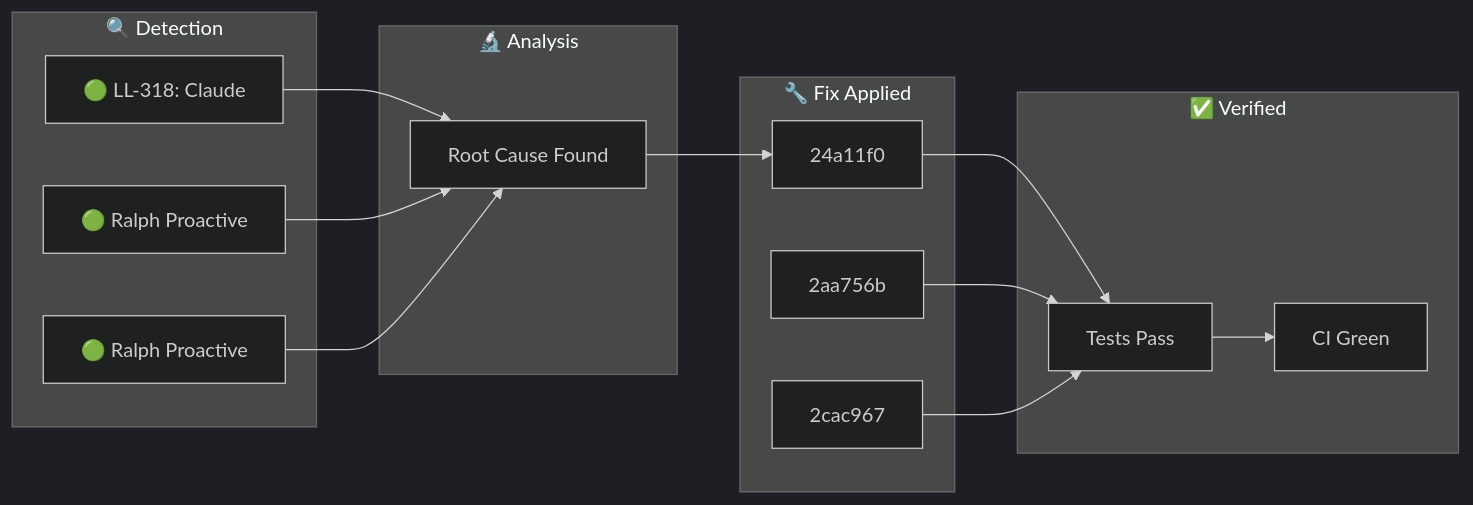
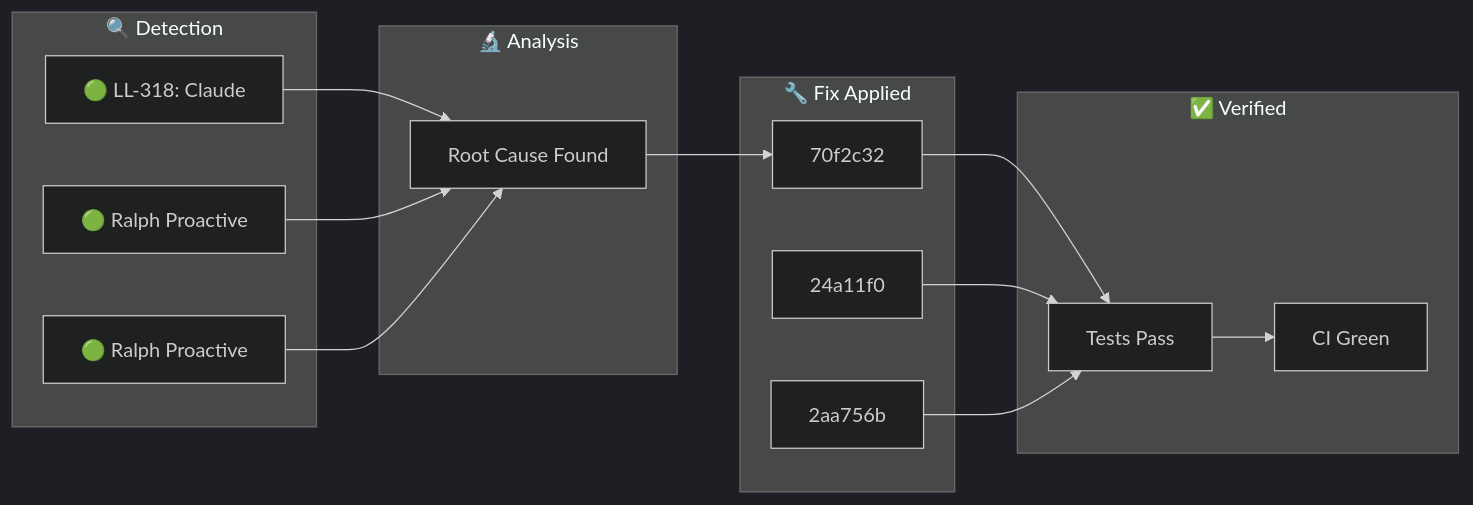
Before and after one commit to YoByron/trading: the diagram in docs/_posts/2026-01-30-ralph-discovery.md, drawn with Mermaid (dark theme). The commit also changed other lines of this file, not shown here.

Commit message:
docs(ralph): Auto-publish discovery blog post

````diff
--- a/docs/_posts/2026-01-30-ralph-discovery.md
+++ b/docs/_posts/2026-01-30-ralph-discovery.md
@@ -17,28 +17,28 @@
 ```mermaid
 flowchart LR
     subgraph Detection["🔍 Detection"]
         D1["🟢 LL-318: Claude "]
         D2["🟢 Ralph Proactive"]
         D3["🟢 Ralph Proactive"]
     end
     subgraph Analysis["🔬 Analysis"]
         A1["Root Cause Found"]
     end
     subgraph Fix["🔧 Fix Applied"]
-        F1["24a11f0"]
-        F2["2aa756b"]
-        F3["2cac967"]
+        F1["70f2c32"]
+        F2["24a11f0"]
+        F3["2aa756b"]
     end
     subgraph Verify["✅ Verified"]
         V1["Tests Pass"]
         V2["CI Green"]
     end
     D1 --> A1
     D2 --> A1
     D3 --> A1
     A1 --> F1
     F1 --> V1
     F2 --> V1
     F3 --> V1
     V1 --> V2
 ```
````
